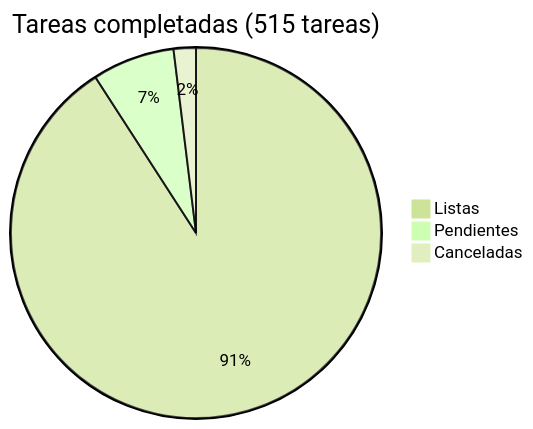
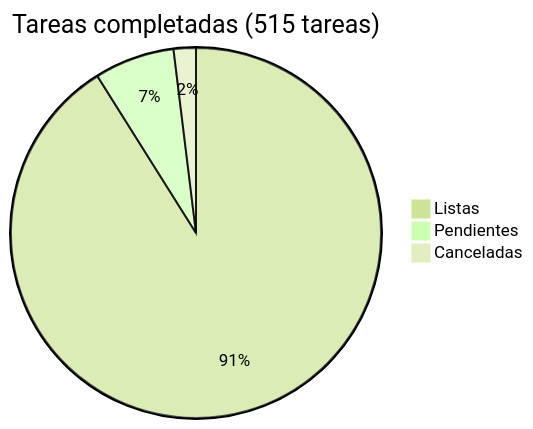
One commit to araguaney-lat/araguaney changed the diagram in docs/roadmap/README.md. Above: the diagram before and after it, drawn with Mermaid (forest theme). The commit also changed other lines of this file and 1 other file, not shown here.

Commit message:
docs: close phase 29 task 7, araguaney.org serves the web

````diff
--- a/docs/roadmap/README.md
+++ b/docs/roadmap/README.md
@@ -5,6 +5,6 @@
 ```mermaid
 pie title Tareas completadas (515 tareas)
-    "Listas" : 468
-    "Pendientes" : 37
+    "Listas" : 469
+    "Pendientes" : 36
     "Canceladas" : 10
 ```
````
